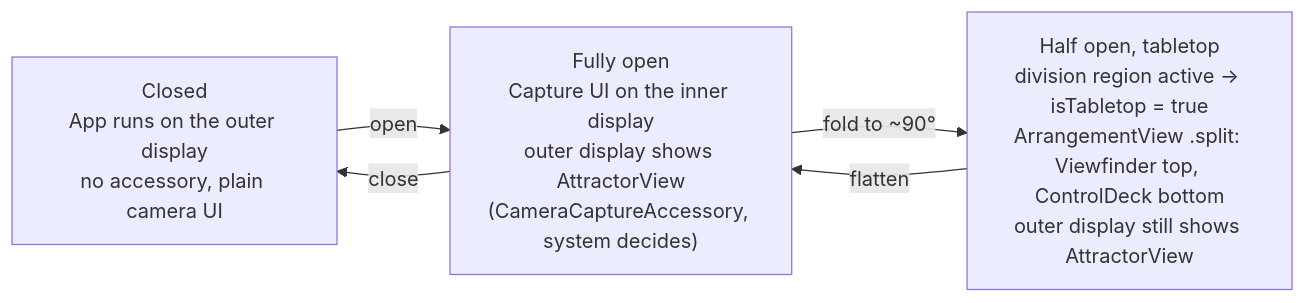
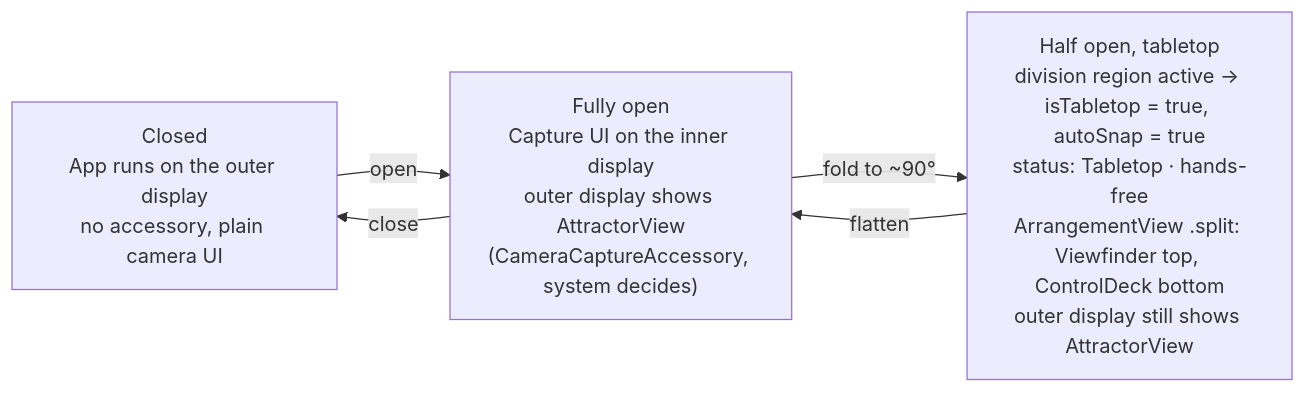
The third of 5 diagrams in ARCHITECTURE.md (techadnank9/peekaboo), drawn with Mermaid before and after one commit. The commit also changed other lines of this file, not shown here.

````diff
--- a/ARCHITECTURE.md
+++ b/ARCHITECTURE.md
@@ -94,10 +96,10 @@
 ```mermaid
 flowchart LR
     Closed["Closed<br/>App runs on the outer display<br/>no accessory, plain camera UI"]
     Open["Fully open<br/>Capture UI on the inner display<br/>outer display shows AttractorView<br/>(CameraCaptureAccessory, system decides)"]
-    Half["Half open, tabletop<br/>division region active → isTabletop = true<br/>ArrangementView .split: Viewfinder top, ControlDeck bottom<br/>outer display still shows AttractorView"]
+    Half["Half open, tabletop<br/>division region active → isTabletop = true, autoSnap = true<br/>status: Tabletop · hands-free<br/>ArrangementView .split: Viewfinder top, ControlDeck bottom<br/>outer display still shows AttractorView"]
     Closed -- open --> Open
     Open -- close --> Closed
     Open -- fold to ~90° --> Half
     Half -- flatten --> Open
 ```
````
